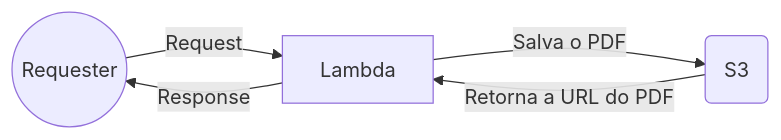
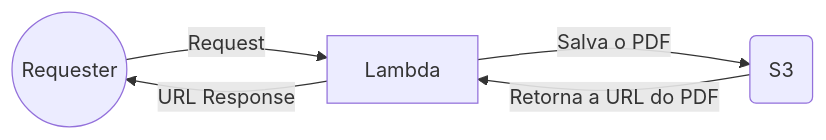
Before and after one commit to northoniserhardt/lambda-serverless-pdf-generator: the first of 2 diagrams in README.md, drawn with Mermaid. The commit also changed other lines of this file, not shown here.

Commit message:
ajustando readme

````diff
--- a/README.md
+++ b/README.md
@@ -43,4 +43,4 @@
 ```mermaid
 graph LR
-A((Requester)) -- Request --> B[Lambda] -- Salva o PDF --> C(S3) -- Retorna a URL do PDF --> B -- Response --> A
+A((Requester)) -- Request --> B[Lambda] -- Salva o PDF --> C(S3) -- Retorna a URL do PDF --> B -- URL Response --> A
 ```
````
